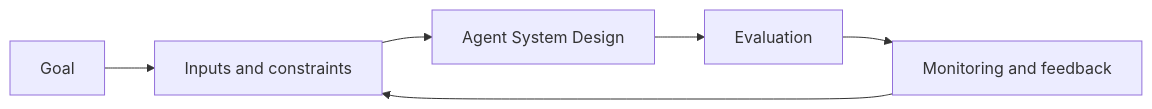
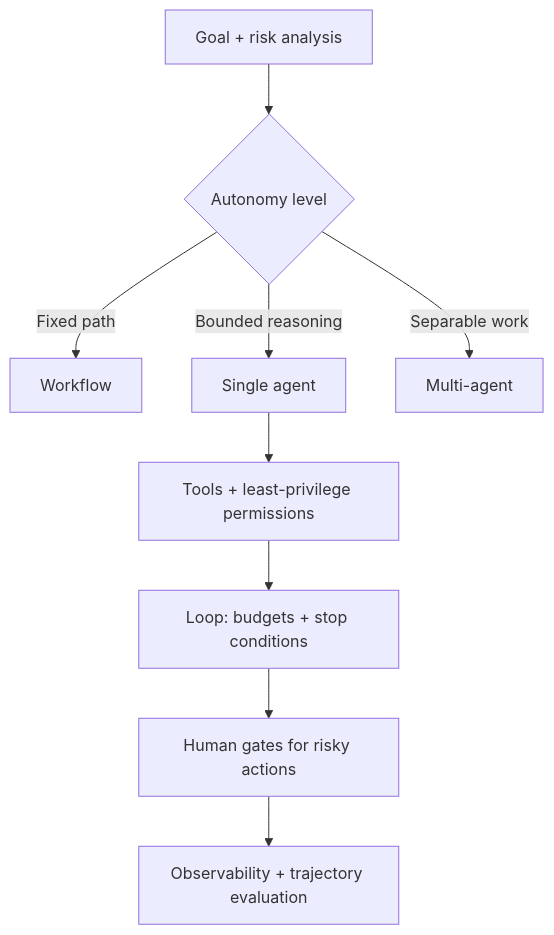
The diagram in agents/12-agent-system-design.md (Icon1cc/Machine-Learning), drawn with Mermaid before and after one commit. The commit also changed other lines of this file and 118 other files, not shown here.

````diff
--- a/agents/12-agent-system-design.md
+++ b/agents/12-agent-system-design.md
@@ -93,8 +73,11 @@
 ```mermaid
-flowchart LR
-    A[Goal] --> B[Inputs and constraints]
-    B --> C[Agent System Design]
-    C --> D[Evaluation]
-    D --> E[Monitoring and feedback]
-    E --> B
+flowchart TD
+    A[Goal + risk analysis] --> B{Autonomy level}
+    B -- Fixed path --> C[Workflow]
+    B -- Bounded reasoning --> D[Single agent]
+    B -- Separable work --> E[Multi-agent]
+    D --> F[Tools + least-privilege permissions]
+    F --> G[Loop: budgets + stop conditions]
+    G --> H[Human gates for risky actions]
+    H --> I[Observability + trajectory evaluation]
 ```
````
